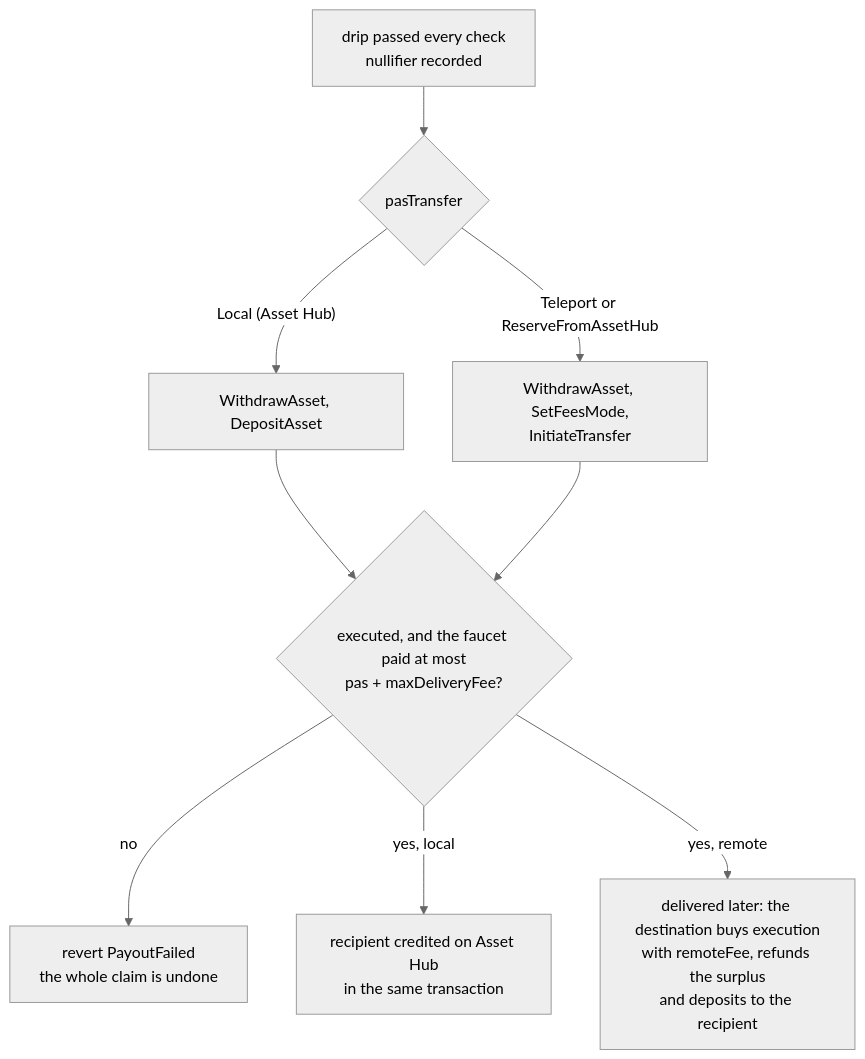
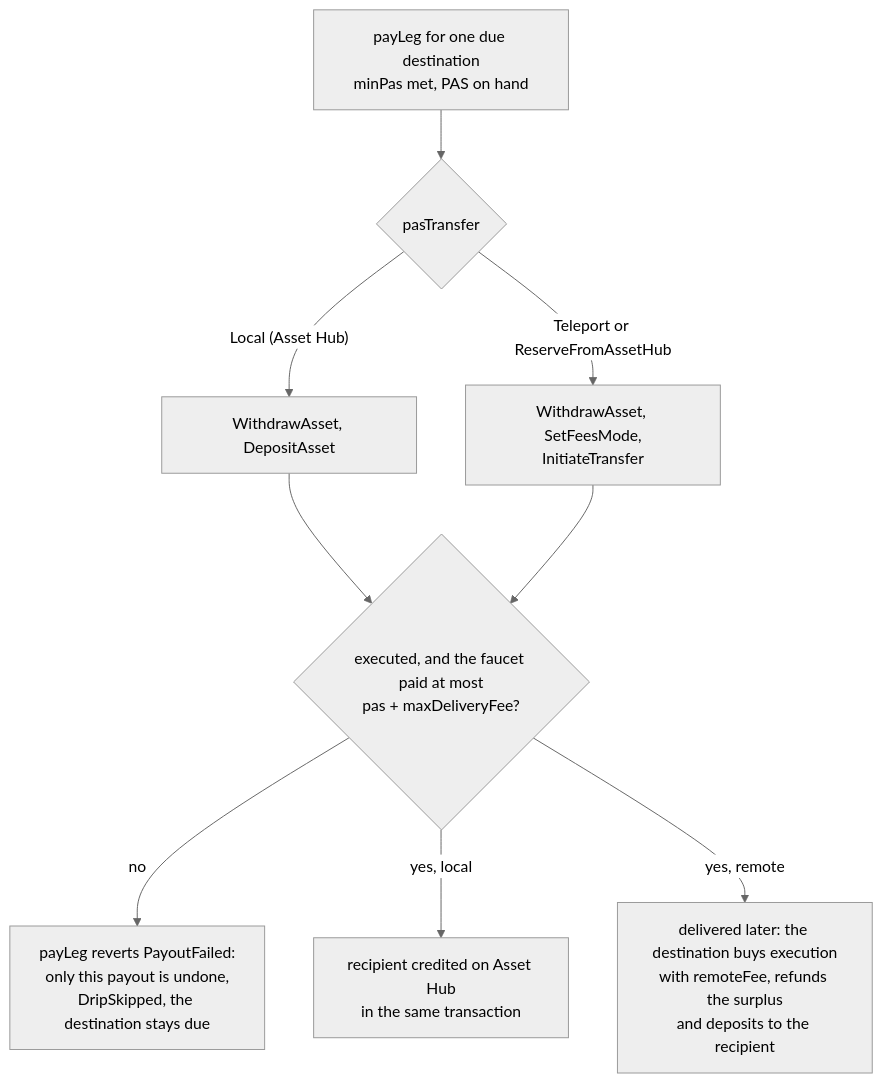
The second of 3 diagrams in README.md (paseo-network/paseo-faucet), drawn with Mermaid (neutral theme) before and after one commit. The commit also changed other lines of this file and 2 other files, not shown here.

First line of the commit message:
docs: document the claim across destinations

````diff
--- a/README.md
+++ b/README.md
@@ -277,11 +288,11 @@
 ```mermaid
 flowchart TD
-  S["drip passed every check<br/>nullifier recorded"] --> K{"pasTransfer"}
+  S["payLeg for one due destination<br/>minPas met, PAS on hand"] --> K{"pasTransfer"}
   K -- "Local (Asset Hub)" --> L["WithdrawAsset, DepositAsset"]
   K -- "Teleport or ReserveFromAssetHub" --> R["WithdrawAsset, SetFeesMode,<br/>InitiateTransfer"]
   L --> B{"executed, and the faucet paid at most<br/>pas + maxDeliveryFee?"}
   R --> B
-  B -- no --> F["revert PayoutFailed<br/>the whole claim is undone"]
+  B -- no --> F["payLeg reverts PayoutFailed:<br/>only this payout is undone,<br/>DripSkipped, the destination stays due"]
   B -- "yes, local" --> AH["recipient credited on Asset Hub<br/>in the same transaction"]
   B -- "yes, remote" --> D["delivered later: the destination buys execution<br/>with remoteFee, refunds the surplus<br/>and deposits to the recipient"]
 ```
````
